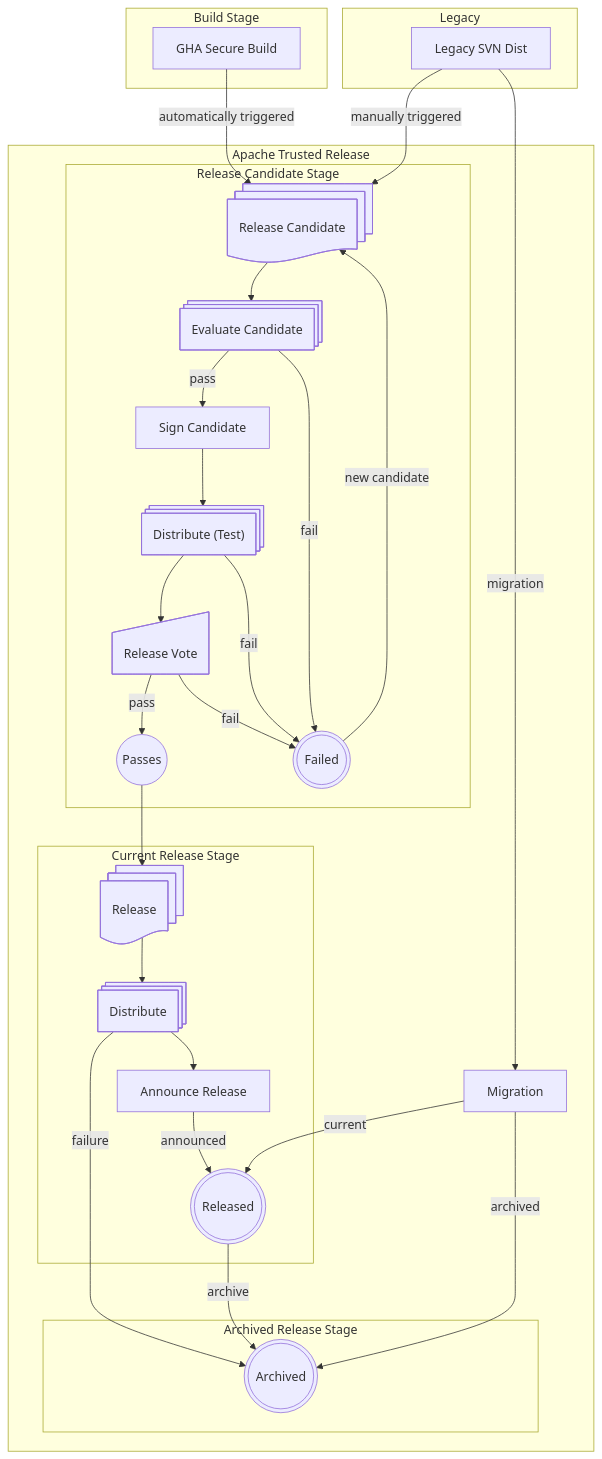
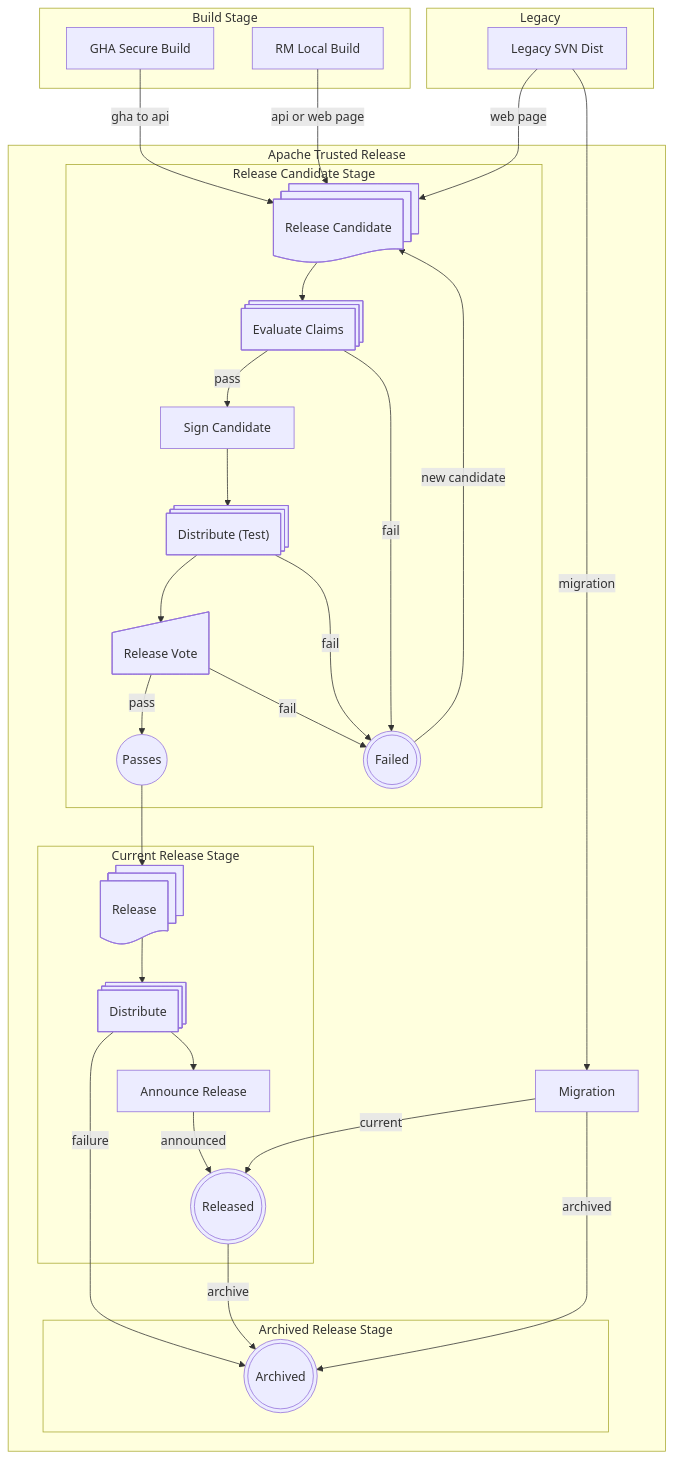
The diagram in apache-trusted-release/lifecycle.md (jbampton/tooling-docs), drawn with Mermaid before and after one commit. The commit also changed other lines of this file, not shown here.

Commit message:
Update Lifecycle - explicit upload step and updated nomenclature

````diff
--- a/apache-trusted-release/lifecycle.md
+++ b/apache-trusted-release/lifecycle.md
@@ -11,50 +11,52 @@
 ```mermaid
 flowchart TD
     subgraph Build Stage
     A[GHA Secure Build]
+    BB[RM Local Build]
     end
     subgraph Legacy
     B[Legacy SVN Dist]
     end
     subgraph Apache Trusted Release
     C@{ shape: docs, label: "Release Candidate" }
-    A -->|automatically triggered| C
-    B -->|manually triggered| C
+    A -->|gha to api| C
+    BB -->|api or web page| C
+    B -->|web page| C
     subgraph Release Candidate Stage
-    D@{ shape: processes, label: "Evaluate Candidate" }
+    D@{ shape: processes, label: "Evaluate Claims" }
     C --> D
     DD@{ shape: process, label: "Sign Candidate" }
     D -->|pass| DD
     GG@{ shape: processes, label: "Distribute (Test)" }
     E@{ shape: sl-rect, label: "Release Vote" }
     JJJ@{ shape: circ, label: "Passes" }
     F@{ shape: dbl-circ, label: "Failed" }
     E -->|pass| JJJ
     E -->|fail| F
     GG -->|fail| F
     D -->|fail| F
     F -->|new candidate| C
     DD --> GG
     GG --> E
     end
     II[Migration]
     subgraph Current Release Stage
     JJ@{ shape: docs, label: "Release" }
     JJJ --> JJ
     G@{ shape: processes, label: "Distribute" }
     G --> I
     I[Announce Release]
     JJ --> G
     J@{ shape: dbl-circ, label: "Released" }
     I -->|announced| J
     end
     B -->|migration| II
     II -->|current| J
     subgraph Archived Release Stage
     K@{ shape: dbl-circ, label: "Archived" }
     end
     G -->|failure| K
     J -->|archive| K
     II -->|archived| K
     end
 ```
````
